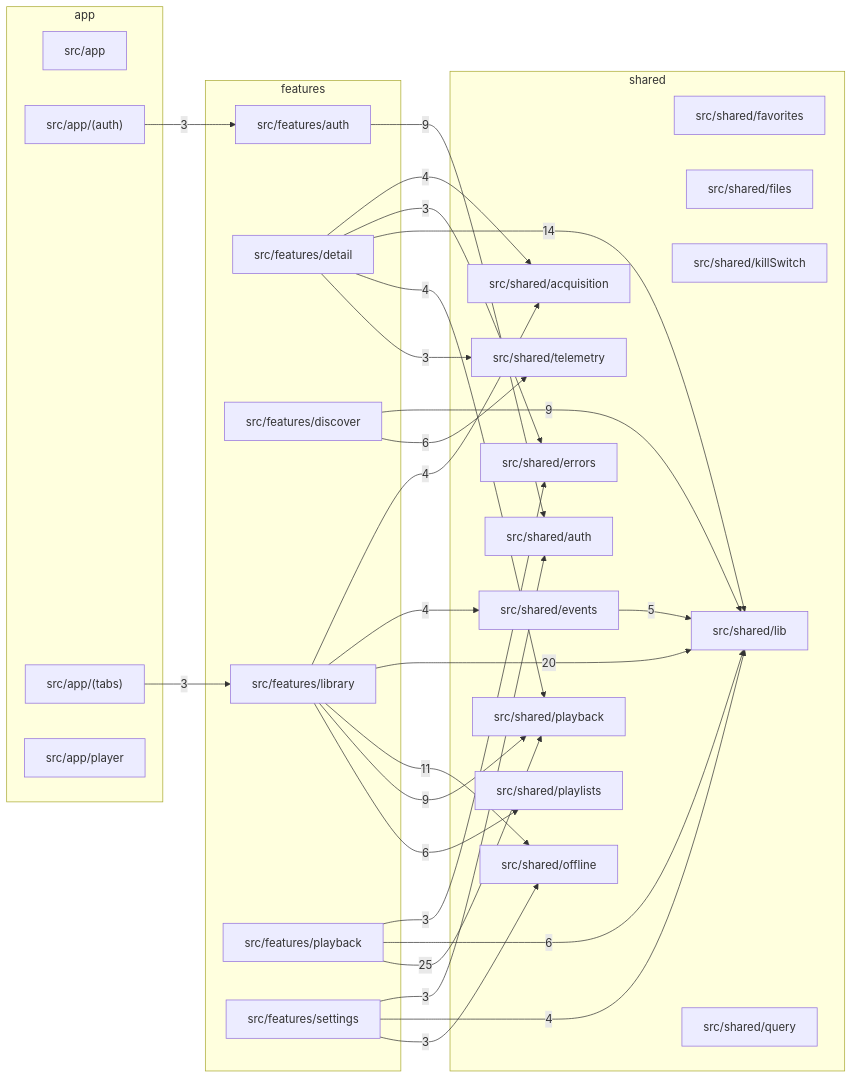
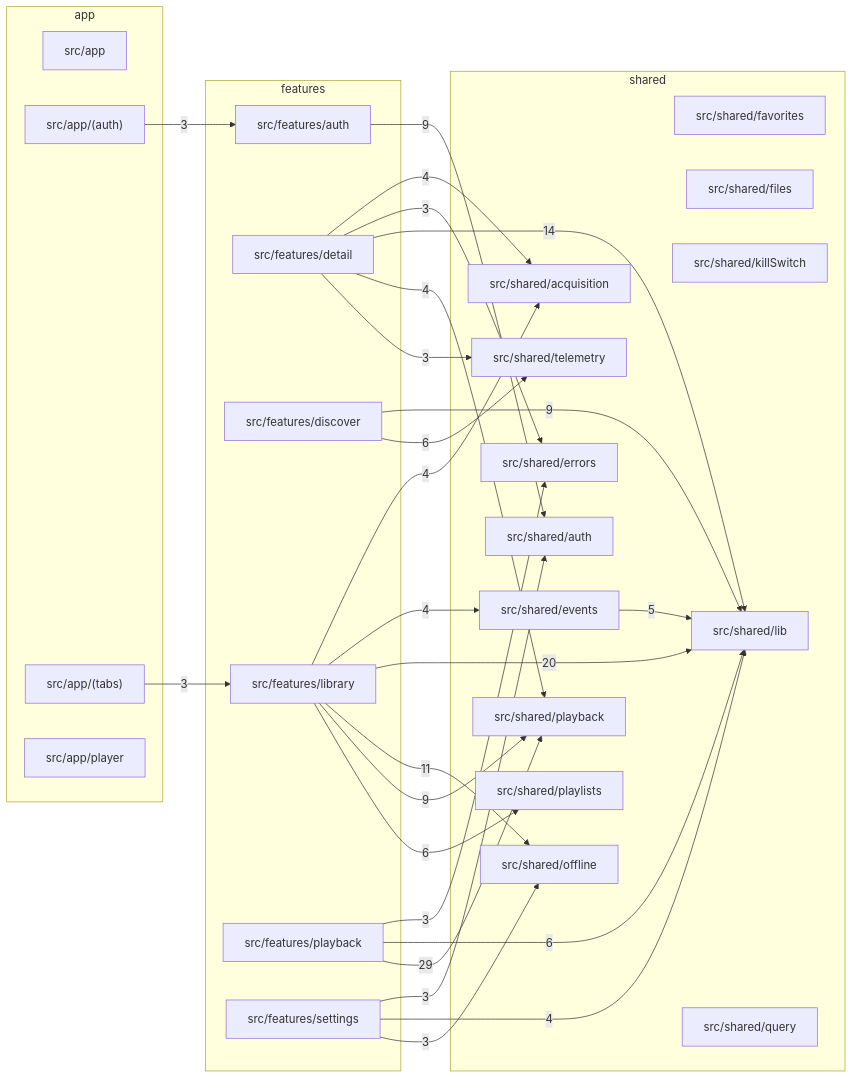
One commit to aleburrascano/altune changed the third of 3 diagrams in docs/architecture.md. Above: the diagram before and after it, drawn with Mermaid. The commit also changed 14 other files, not shown here.

First line of the commit message:
refactor(mobile): split playbackErrorStore.ts along its four concepts (#2337)

````diff
--- a/docs/architecture.md
+++ b/docs/architecture.md
@@ -68,55 +68,55 @@
 ```mermaid
 flowchart LR
   subgraph app
     apps_mobile_src_app["src/app"]
     apps_mobile_src_app__auth_["src/app/(auth)"]
     apps_mobile_src_app__tabs_["src/app/(tabs)"]
     apps_mobile_src_app_player["src/app/player"]
   end
   subgraph features
     apps_mobile_src_features_auth["src/features/auth"]
     apps_mobile_src_features_detail["src/features/detail"]
     apps_mobile_src_features_discover["src/features/discover"]
     apps_mobile_src_features_library["src/features/library"]
     apps_mobile_src_features_playback["src/features/playback"]
     apps_mobile_src_features_settings["src/features/settings"]
   end
   subgraph shared
     apps_mobile_src_shared_acquisition["src/shared/acquisition"]
     apps_mobile_src_shared_auth["src/shared/auth"]
     apps_mobile_src_shared_errors["src/shared/errors"]
     apps_mobile_src_shared_events["src/shared/events"]
     apps_mobile_src_shared_favorites["src/shared/favorites"]
     apps_mobile_src_shared_files["src/shared/files"]
     apps_mobile_src_shared_killSwitch["src/shared/killSwitch"]
     apps_mobile_src_shared_lib["src/shared/lib"]
     apps_mobile_src_shared_offline["src/shared/offline"]
     apps_mobile_src_shared_playback["src/shared/playback"]
     apps_mobile_src_shared_playlists["src/shared/playlists"]
     apps_mobile_src_shared_query["src/shared/query"]
     apps_mobile_src_shared_telemetry["src/shared/telemetry"]
   end
   apps_mobile_src_app__auth_ -->|3| apps_mobile_src_features_auth
   apps_mobile_src_app__tabs_ -->|3| apps_mobile_src_features_library
   apps_mobile_src_features_auth -->|9| apps_mobile_src_shared_auth
   apps_mobile_src_features_detail -->|4| apps_mobile_src_shared_acquisition
   apps_mobile_src_features_detail -->|3| apps_mobile_src_shared_errors
   apps_mobile_src_features_detail -->|14| apps_mobile_src_shared_lib
   apps_mobile_src_features_detail -->|4| apps_mobile_src_shared_playback
   apps_mobile_src_features_detail -->|3| apps_mobile_src_shared_telemetry
   apps_mobile_src_features_discover -->|9| apps_mobile_src_shared_lib
   apps_mobile_src_features_discover -->|6| apps_mobile_src_shared_telemetry
   apps_mobile_src_features_library -->|4| apps_mobile_src_shared_acquisition
   apps_mobile_src_features_library -->|4| apps_mobile_src_shared_events
   apps_mobile_src_features_library -->|20| apps_mobile_src_shared_lib
   apps_mobile_src_features_library -->|11| apps_mobile_src_shared_offline
   apps_mobile_src_features_library -->|9| apps_mobile_src_shared_playback
   apps_mobile_src_features_library -->|6| apps_mobile_src_shared_playlists
   apps_mobile_src_features_playback -->|3| apps_mobile_src_shared_errors
   apps_mobile_src_features_playback -->|6| apps_mobile_src_shared_lib
-  apps_mobile_src_features_playback -->|25| apps_mobile_src_shared_playback
+  apps_mobile_src_features_playback -->|29| apps_mobile_src_shared_playback
   apps_mobile_src_features_settings -->|3| apps_mobile_src_shared_auth
   apps_mobile_src_features_settings -->|4| apps_mobile_src_shared_lib
   apps_mobile_src_features_settings -->|3| apps_mobile_src_shared_offline
   apps_mobile_src_shared_events -->|5| apps_mobile_src_shared_lib
 ```
````
